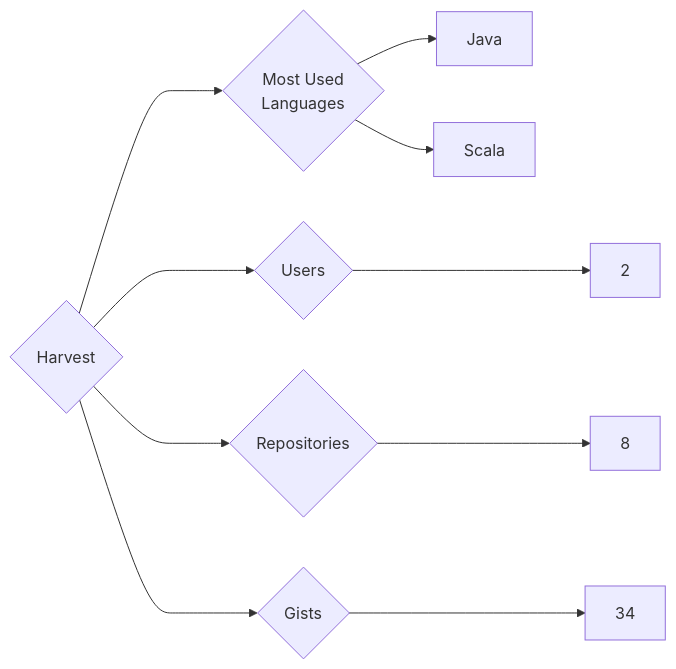
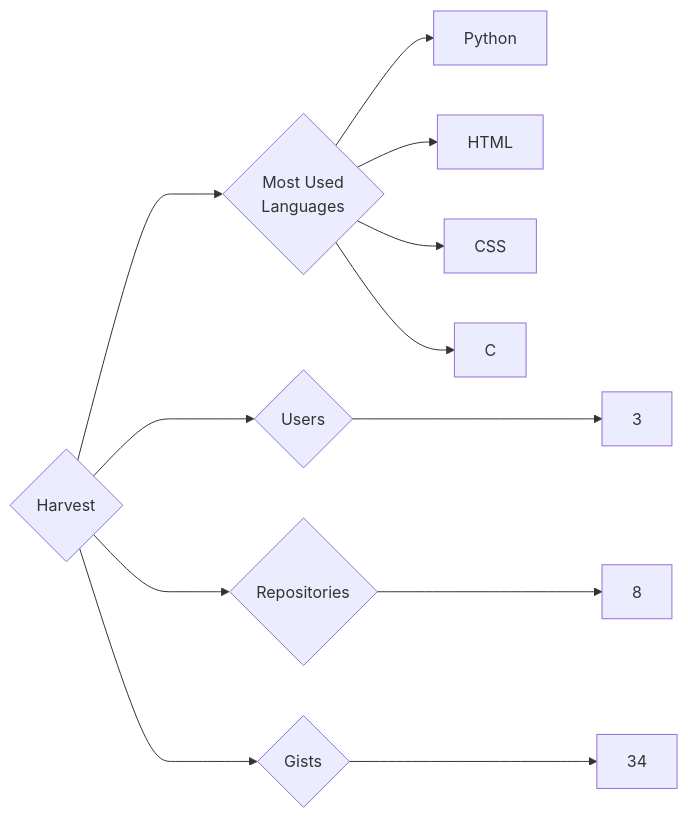
Before and after one commit to trickest/insiders: the diagram in targets/Harvest/README.md, drawn with Mermaid. The commit also changed 1212 other files, not shown here.

````diff
--- a/targets/Harvest/README.md
+++ b/targets/Harvest/README.md
@@ -3,10 +3,12 @@
 ```mermaid
 graph LR
 COMPANY_NAME{Harvest}
-COMPANY_NAME ---> U{Users} ---> UN[2]
+COMPANY_NAME ---> U{Users} ---> UN[3]
 COMPANY_NAME ---> R{Repositories} ---> RN[8]
 COMPANY_NAME ---> G{Gists} ---> GN[34]
 COMPANY_NAME ---> ML{Most Used<br>Languages}
-ML --> Java[Java]
-ML --> Scala[Scala]
+ML --> Python[Python]
+ML --> HTML[HTML]
+ML --> CSS[CSS]
+ML --> C[C]
 ```
````
